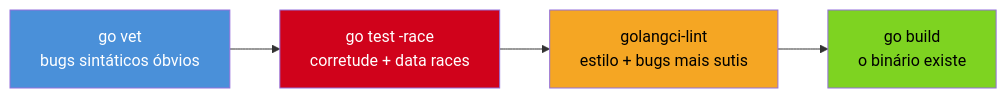
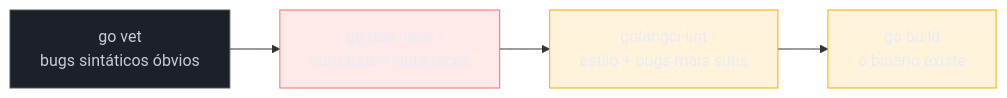
Before and after one commit to josenaldo/codex-technomanticus: the first of 2 diagrams in 03-Dominios/Tecnologia/Go/18 - Cloud-native e produção/08 - Do commit ao deploy — CI-CD.md, drawn with Mermaid. The commit also changed 1181 other files, not shown here.

First line of the commit message:
fix(diagramas): paleta do sistema no lugar de cor cravada no markdown

````diff
--- a/03-Dominios/Tecnologia/Go/18 - Cloud-native e produção/08 - Do commit ao deploy — CI-CD.md
+++ b/03-Dominios/Tecnologia/Go/18 - Cloud-native e produção/08 - Do commit ao deploy — CI-CD.md
@@ -33,11 +33,14 @@
 ```mermaid
 flowchart LR
+    classDef neutro fill:#1B2029,stroke:#4E5666,color:#C6CCD8
+    classDef falha fill:#FF6B6B24,stroke:#FF6B6B,color:#E9ECF2
+    classDef destaque fill:#FFAA0024,stroke:#FFAA00,color:#E9ECF2
     A["go vet\nbugs sintáticos óbvios"] --> B["go test -race\ncorretude + data races"]
     B --> C["golangci-lint\nestilo + bugs mais sutis"]
     C --> D["go build\no binário existe"]
 
-    style A fill:#4A90D9,color:#fff
-    style B fill:#D0021B,color:#fff
-    style C fill:#F5A623,color:#000
-    style D fill:#7ED321,color:#000
+    class A neutro
+    class B falha
+    class C destaque
+    class D destaque
 ```
````
